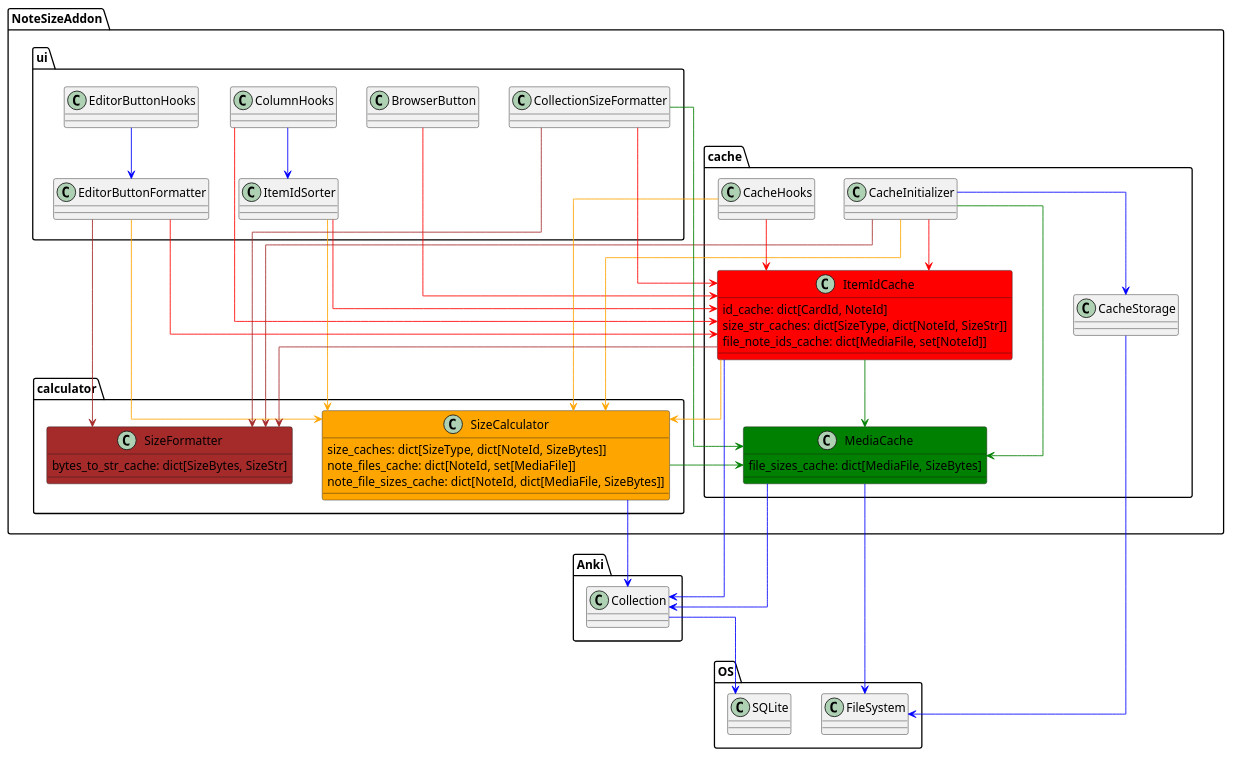
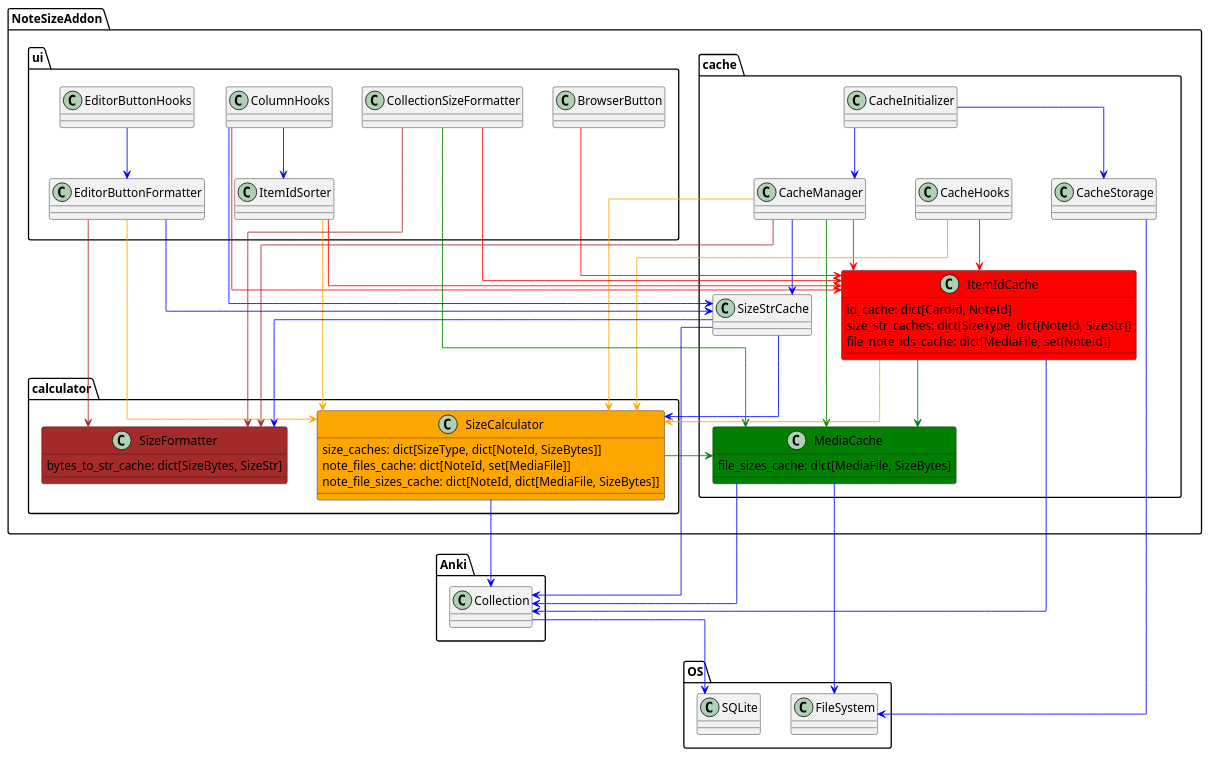
One commit to Aleks-Ya/note-size-anki-addon changed the diagram in docs-template/uml/cache-class-diagram.puml. Above: the diagram before and after it, drawn with PlantUML. The commit also changed 16 other files, not shown here.

Commit message:
Extract SizeStrCache

```diff
--- a/docs-template/uml/cache-class-diagram.puml
+++ b/docs-template/uml/cache-class-diagram.puml
@@ -1,100 +1,109 @@
 @startuml
 skinparam linetype ortho
 skinparam class {
     ArrowColor blue
 }
 'https://plantuml.com/class-diagram
 
 package OS {
     class SQLite
     class FileSystem
 }
 
 package Anki {
     class Collection
 }
 
 package NoteSizeAddon {
 
     package calculator {
         class SizeCalculator #orange {
             size_caches: dict[SizeType, dict[NoteId, SizeBytes]]
             note_files_cache: dict[NoteId, set[MediaFile]]
             note_file_sizes_cache: dict[NoteId, dict[MediaFile, SizeBytes]]
         }
         class SizeFormatter #brown {
             bytes_to_str_cache: dict[SizeBytes, SizeStr]
         }
     }
 
     package cache {
+        class CacheManager
         class CacheHooks
         class ItemIdCache #red {
             id_cache: dict[CardId, NoteId]
             size_str_caches: dict[SizeType, dict[NoteId, SizeStr]]
             file_note_ids_cache: dict[MediaFile, set[NoteId]]
         }
         class MediaCache #green {
             file_sizes_cache: dict[MediaFile, SizeBytes]
         }
         class CacheInitializer
         class CacheStorage
+        class SizeStrCache
     }
 
     package ui {
         together {
                 class EditorButtonHooks
             class EditorButtonFormatter
         }
         class BrowserButton
         class CollectionSizeFormatter
         together {
             class ColumnHooks
             class ItemIdSorter
         }
     }
 }
 
 BrowserButton --> ItemIdCache #red
 
 EditorButtonHooks --> EditorButtonFormatter
 
 ColumnHooks --> ItemIdCache #red
 ColumnHooks --> ItemIdSorter
+ColumnHooks --> SizeStrCache
 
 ItemIdSorter --> ItemIdCache #red
 ItemIdSorter --> SizeCalculator #orange
 
-CacheInitializer --> MediaCache #green
-CacheInitializer --> ItemIdCache #red
-CacheInitializer --> SizeCalculator #orange
-CacheInitializer --> SizeFormatter #brown
+CacheInitializer --> CacheManager
 CacheInitializer --> CacheStorage
+
+CacheManager --> MediaCache #green
+CacheManager --> ItemIdCache #red
+CacheManager --> SizeCalculator #orange
+CacheManager --> SizeFormatter #brown
+CacheManager --> SizeStrCache
 
 CacheHooks --> ItemIdCache #red
 CacheHooks --> SizeCalculator #orange
 
+SizeStrCache --> Collection
+SizeStrCache --> SizeCalculator
+SizeStrCache --> SizeFormatter
+
 Collection --> SQLite
 
-EditorButtonFormatter --> ItemIdCache #red
+EditorButtonFormatter --> SizeStrCache
 EditorButtonFormatter --> SizeCalculator #orange
 EditorButtonFormatter --> SizeFormatter #brown
 
 CollectionSizeFormatter --> ItemIdCache #red
 CollectionSizeFormatter --> MediaCache #green
 CollectionSizeFormatter --> SizeFormatter #brown
 
 SizeCalculator --> Collection
 SizeCalculator --> MediaCache #green
 
 CacheStorage --> FileSystem
 
 ItemIdCache --> Collection
 ItemIdCache --> SizeCalculator #orange
-ItemIdCache --> SizeFormatter #brown
 ItemIdCache --> MediaCache #green
 
 MediaCache --> Collection
 MediaCache --> FileSystem
 
 @enduml
```
